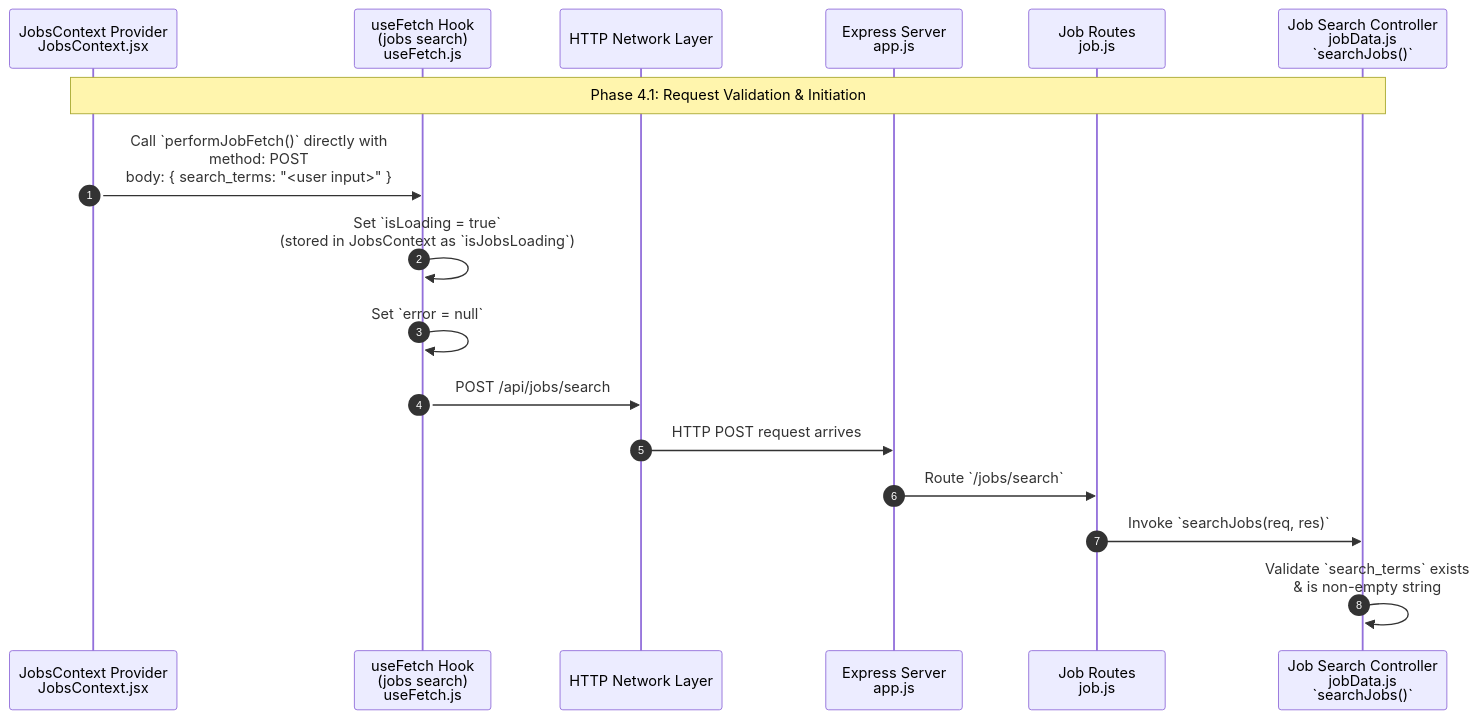
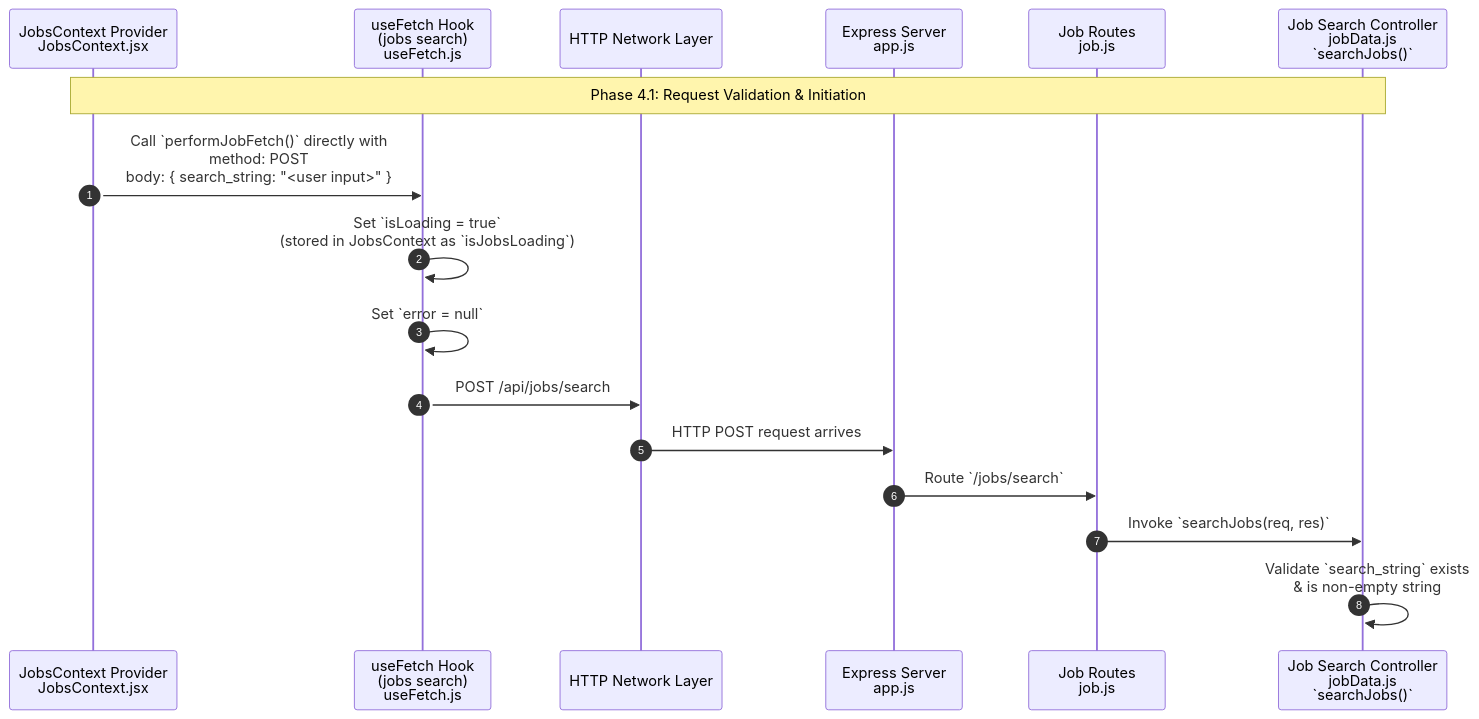
One commit to YahyaAl-Ademi/2025.10.23-JobCompass changed the diagram in documentation/jobFetch/4.1.Request Validation & Initiation.md. Above: the diagram before and after it, drawn with Mermaid. The commit also changed 6 other files, not shown here.

Commit message:
Refactor search functionality: rename 'search_terms' to 'search_string' for consistency across components and documentation

````diff
--- a/documentation/jobFetch/4.1.Request Validation & Initiation.md
+++ b/documentation/jobFetch/4.1.Request Validation & Initiation.md
@@ -8,33 +8,33 @@
 ```mermaid
 sequenceDiagram
     autonumber
     %% File paths:
     %% JobsContext: client/src/context/JobsContext.jsx
     %% useFetch: client/src/hooks/useFetch.js
     %% ExpressApp: server/src/app.js
     %% JobRouter: server/src/routes/job.js
     %% JobController: server/src/controllers/jobData.js
     participant JobsContext as JobsContext Provider<br/>JobsContext.jsx
     participant useFetch_1 as useFetch Hook<br/>(jobs search)<br/>useFetch.js
     participant FrontendNetwork as HTTP Network Layer
     participant ExpressApp as Express Server<br/>app.js
     participant JobRouter as Job Routes<br/>job.js
     participant JobController as Job Search Controller<br/>jobData.js<br/>`searchJobs()`
 
     Note over JobsContext,JobController: Phase 4.1: Request Validation & Initiation
     activate JobsContext
-    JobsContext->>useFetch_1: Call `performJobFetch()` directly with<br/>method: POST<br/>body: { search_terms: "<user input>" }
+    JobsContext->>useFetch_1: Call `performJobFetch()` directly with<br/>method: POST<br/>body: { search_string: "<user input>" }
 
     activate useFetch_1
     useFetch_1->>useFetch_1: Set `isLoading = true`<br/>(stored in JobsContext as `isJobsLoading`)
     useFetch_1->>useFetch_1: Set `error = null`
     useFetch_1->>FrontendNetwork: POST /api/jobs/search
 
     FrontendNetwork->>ExpressApp: HTTP POST request arrives
     ExpressApp->>JobRouter: Route `/jobs/search`
 
     JobRouter->>JobController: Invoke `searchJobs(req, res)`
 
     activate JobController
-    JobController->>JobController: Validate `search_terms` exists<br/>& is non-empty string
+    JobController->>JobController: Validate `search_string` exists<br/>& is non-empty string
 ```
````
